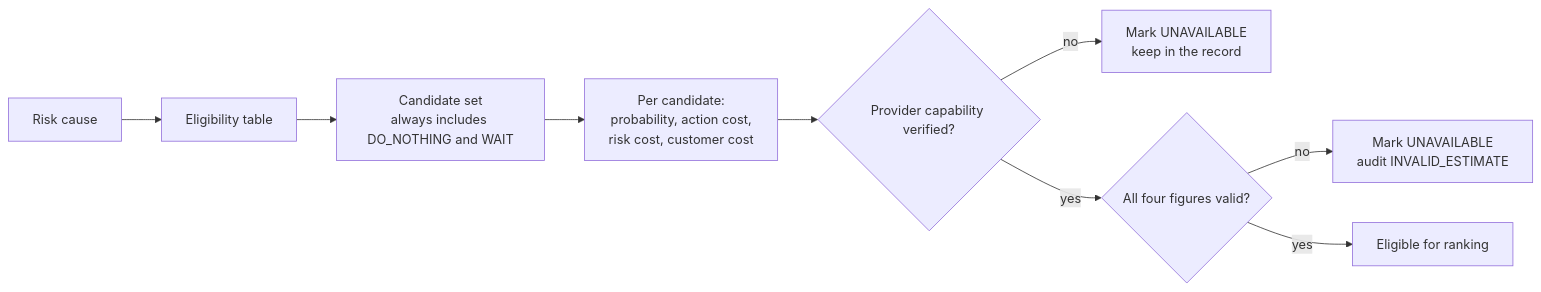
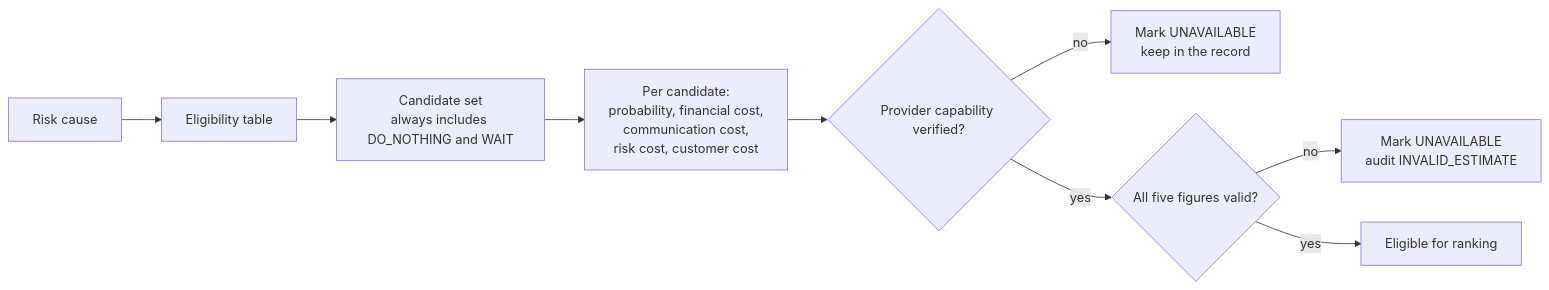
One commit to Suvam-paul145/Razorpay-Builathon-challange changed the eighth of 29 diagrams in Rovara/references/REVORA-SYSTEM-GUIDE.md. Above: the diagram before and after it, drawn with Mermaid. The commit also changed other lines of this file and 9 other files, not shown here.

````diff
--- a/Rovara/references/REVORA-SYSTEM-GUIDE.md
+++ b/Rovara/references/REVORA-SYSTEM-GUIDE.md
@@ -525,11 +611,11 @@
 ```mermaid
 flowchart LR
     A["Risk cause"] --> B["Eligibility table"]
     B --> C["Candidate set<br/>always includes DO_NOTHING and WAIT"]
-    C --> D["Per candidate:<br/>probability, action cost,<br/>risk cost, customer cost"]
+    C --> D["Per candidate:<br/>probability, financial cost,<br/>communication cost,<br/>risk cost, customer cost"]
     D --> E{"Provider capability verified?"}
     E -->|no| F["Mark UNAVAILABLE<br/>keep in the record"]
-    E -->|yes| G{"All four figures valid?"}
+    E -->|yes| G{"All five figures valid?"}
     G -->|no| H["Mark UNAVAILABLE<br/>audit INVALID_ESTIMATE"]
     G -->|yes| I["Eligible for ranking"]
 ```
````
